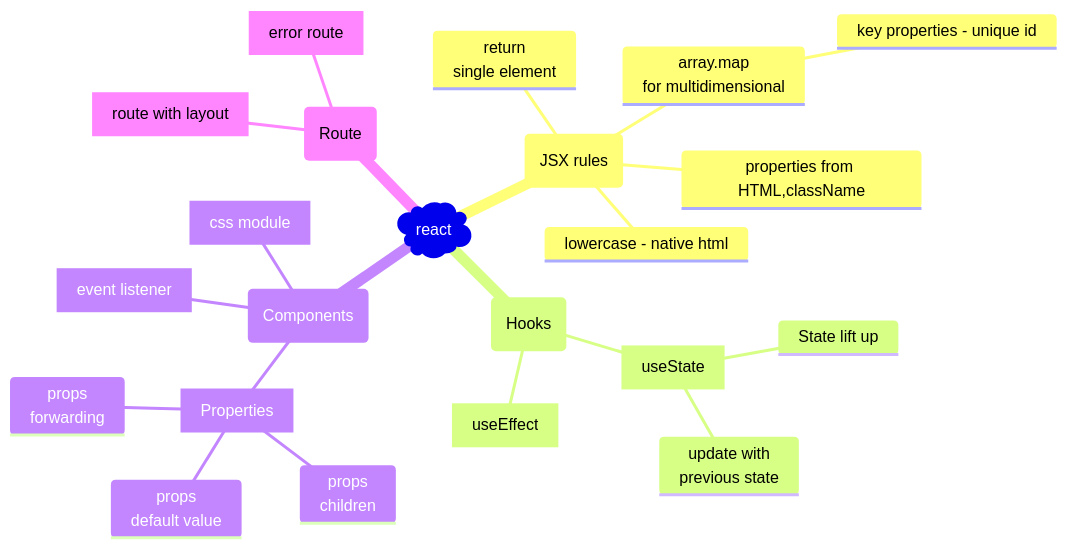
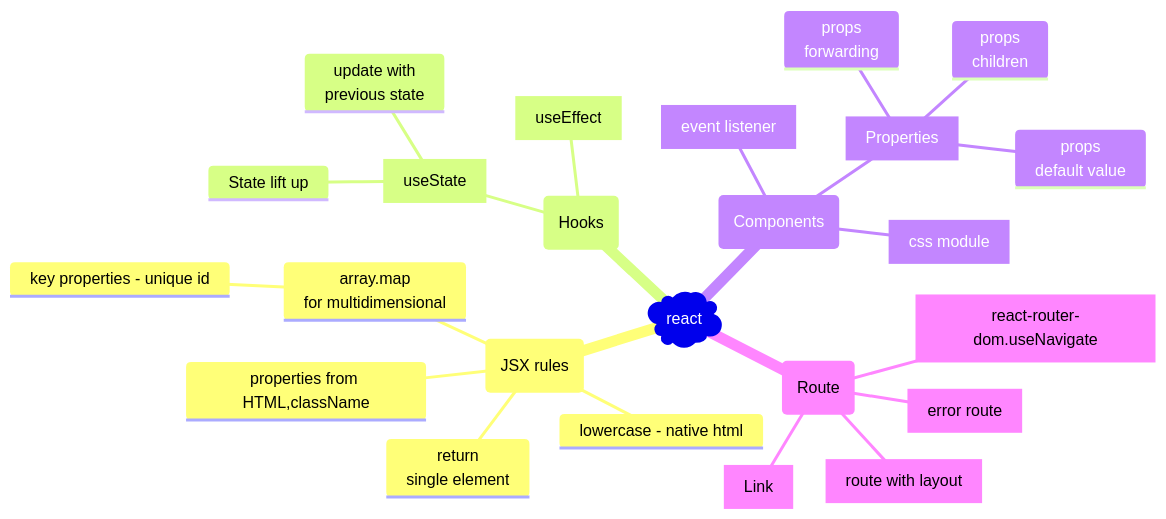
One commit to cherkavi/javascripting changed the first of 2 diagrams in react/README.md. Above: the diagram before and after it, drawn with Mermaid. The commit also changed 5 other files, not shown here.

````diff
--- a/react/README.md
+++ b/react/README.md
@@ -6,25 +6,27 @@
 ```mermaid
 mindmap
 )react(
     (JSX rules)
         return<br/>single element
         properties from HTML,className
         lowercase - native html
         array.map<br>for multidimensional
             key properties - unique id
     (Hooks)
         [useState]
             State lift up
             update with<br>previous state
         [useEffect]
     (Components)
         [Properties]
             props<br>forwarding
             props<br>children
             props<br>default value
         [css module]
         [event listener]
     (Route)
         [error route]
         [route with layout]
+        [Link]
+        [react-router-dom.useNavigate]
 ```
````
